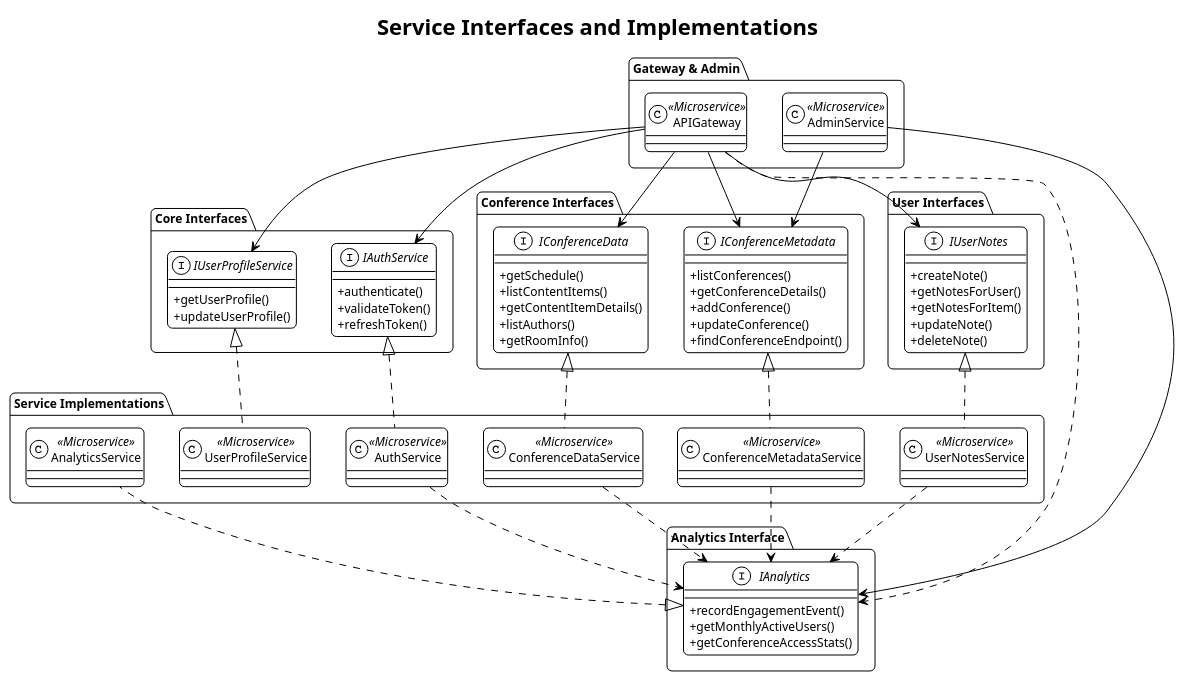
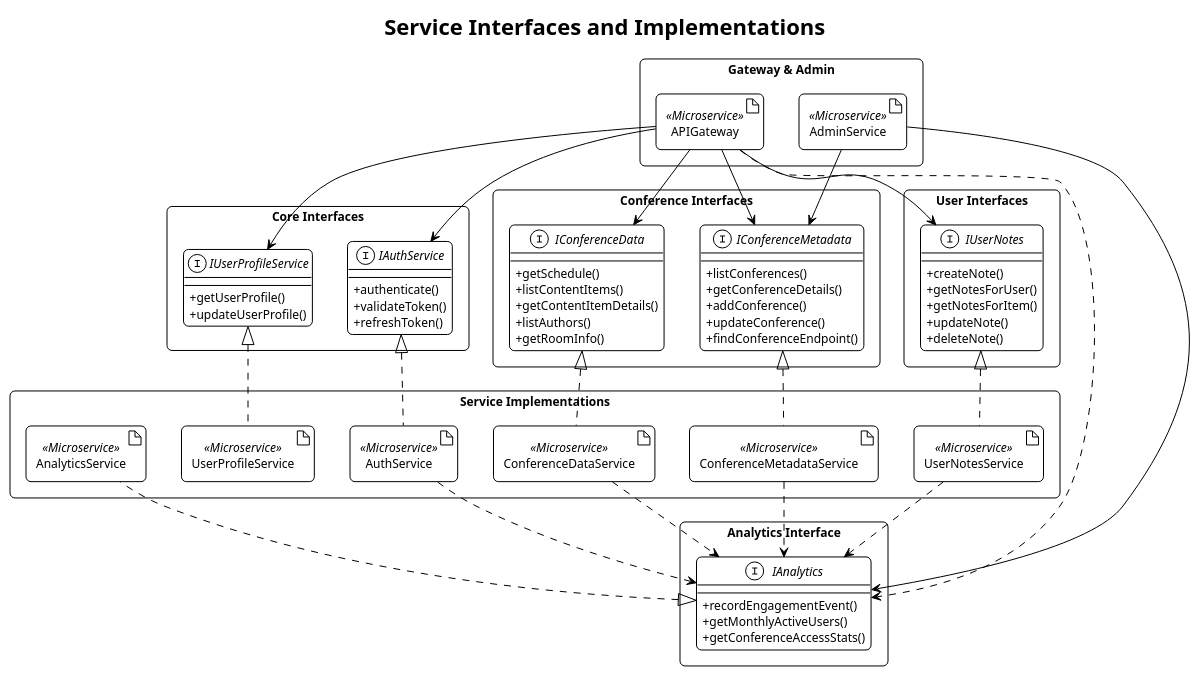
The diagram in logical/logical-interface-diagram.puml (Guillermode20/softarch2-uni-work), drawn with PlantUML before and after one commit. The commit also changed 5 other files, not shown here.

Commit message:
refactor: Update diagrams to use artifacts instead of components for clarity and consistency feat: Add physical cloud deployment and network topology diagrams for comprehensive architecture overview

```diff
--- a/logical/logical-interface-diagram.puml
+++ b/logical/logical-interface-diagram.puml
@@ -1,106 +1,107 @@
 @startuml LogicalInterfaceDiagram
+allowmixing
 !theme plain
 skinparam ClassAttributeIconSize 0
 skinparam roundcorner 10
 skinparam sequenceMessageAlign center
 skinparam DefaultFontName "Arial"
 skinparam DefaultFontSize 12
 skinparam shadowing false
 
 title Service Interfaces and Implementations
 
 ' ===== Core Interfaces =====
-package "Core Interfaces" {
+rectangle "Core Interfaces" {
     interface IAuthService {
         + authenticate()
         + validateToken()
         + refreshToken()
     }
 
     interface IUserProfileService {
         + getUserProfile()
         + updateUserProfile()
     }
 }
 
 ' ===== Conference Interfaces =====
-package "Conference Interfaces" {
+rectangle "Conference Interfaces" {
     interface IConferenceMetadata {
         + listConferences()
         + getConferenceDetails()
         + addConference()
         + updateConference()
         + findConferenceEndpoint()
     }
 
     interface IConferenceData {
         + getSchedule()
         + listContentItems()
         + getContentItemDetails()
         + listAuthors()
         + getRoomInfo()
     }
 }
 
 ' ===== User Interfaces =====
-package "User Interfaces" {
+rectangle "User Interfaces" {
     interface IUserNotes {
         + createNote()
         + getNotesForUser()
         + getNotesForItem()
         + updateNote()
         + deleteNote()
     }
 }
 
 ' ===== Analytics Interface =====
-package "Analytics Interface" {
+rectangle "Analytics Interface" {
     interface IAnalytics {
         + recordEngagementEvent()
         + getMonthlyActiveUsers()
         + getConferenceAccessStats()
     }
 }
 
 ' ===== Service Implementations =====
-package "Service Implementations" {
-    class AuthService <<Microservice>>
-    class UserProfileService <<Microservice>>
-    class ConferenceMetadataService <<Microservice>>
-    class ConferenceDataService <<Microservice>>
-    class UserNotesService <<Microservice>>
-    class AnalyticsService <<Microservice>>
+rectangle "Service Implementations" {
+    artifact AuthService <<Microservice>>
+    artifact UserProfileService <<Microservice>>
+    artifact ConferenceMetadataService <<Microservice>>
+    artifact ConferenceDataService <<Microservice>>
+    artifact UserNotesService <<Microservice>>
+    artifact AnalyticsService <<Microservice>>
 }
 
 ' ===== Gateway & Admin =====
-package "Gateway & Admin" {
-    class APIGateway <<Microservice>>
-    class AdminService <<Microservice>>
+rectangle "Gateway & Admin" {
+    artifact APIGateway <<Microservice>>
+    artifact AdminService <<Microservice>>
 }
 
 ' ===== Interface Implementations =====
 AuthService .up.|> IAuthService
 UserProfileService .up.|> IUserProfileService
 ConferenceMetadataService .up.|> IConferenceMetadata
 ConferenceDataService .up.|> IConferenceData
 UserNotesService .up.|> IUserNotes
 AnalyticsService .up.|> IAnalytics
 
 ' ===== Gateway Dependencies =====
 APIGateway --> IAuthService
 APIGateway --> IUserProfileService
 APIGateway --> IConferenceMetadata
 APIGateway --> IConferenceData
 APIGateway --> IUserNotes
 APIGateway ..> IAnalytics
 
 ' ===== Admin Dependencies =====
 AdminService --> IConferenceMetadata
 AdminService --> IAnalytics
 
 ' ===== Analytics Dependencies =====
 AuthService ..> IAnalytics
 ConferenceMetadataService ..> IAnalytics
 ConferenceDataService ..> IAnalytics
 UserNotesService ..> IAnalytics
 @enduml
```
